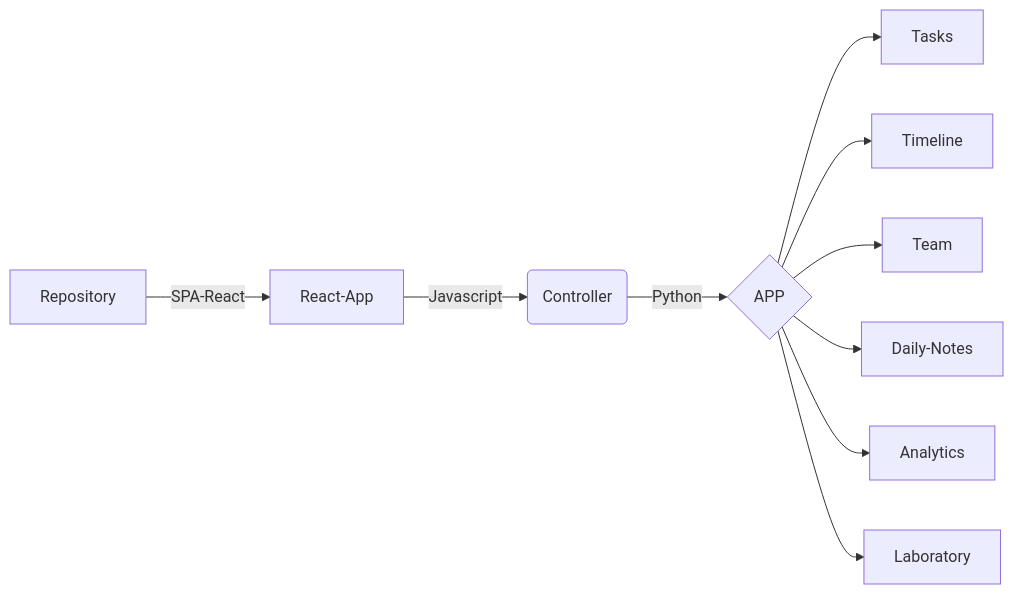
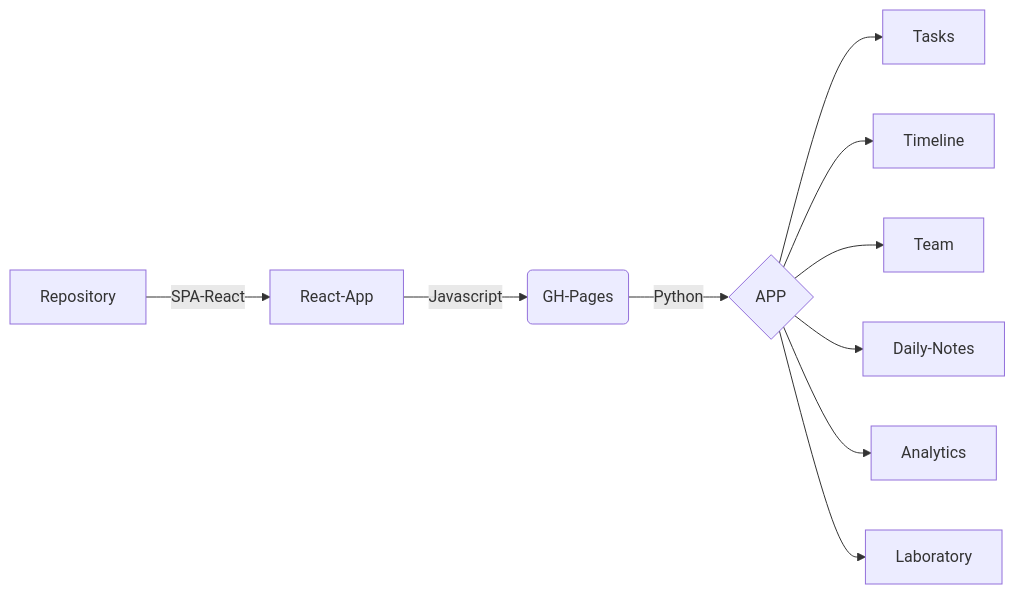
One commit to SauloCandeira/SPA-React changed the diagram in README.md. Above: the diagram before and after it, drawn with Mermaid.

````diff
--- a/README.md
+++ b/README.md
@@ -21,14 +21,14 @@
 ```mermaid
 flowchart LR
-A[View] -->|Javascript| B(Controller)
+A[View] -->|Javascript| B(GH-Pages)
 X[Repository] -->|SPA-React| A[React-App]
 B --> |Python| C{APP}
 
 C --> J[Tasks]
 C --> K[Timeline]
 C --> L[Team]
 C --> M[Daily-Notes]
 C --> N[Analytics]
 C --> O[Laboratory]
 
 ```
````
